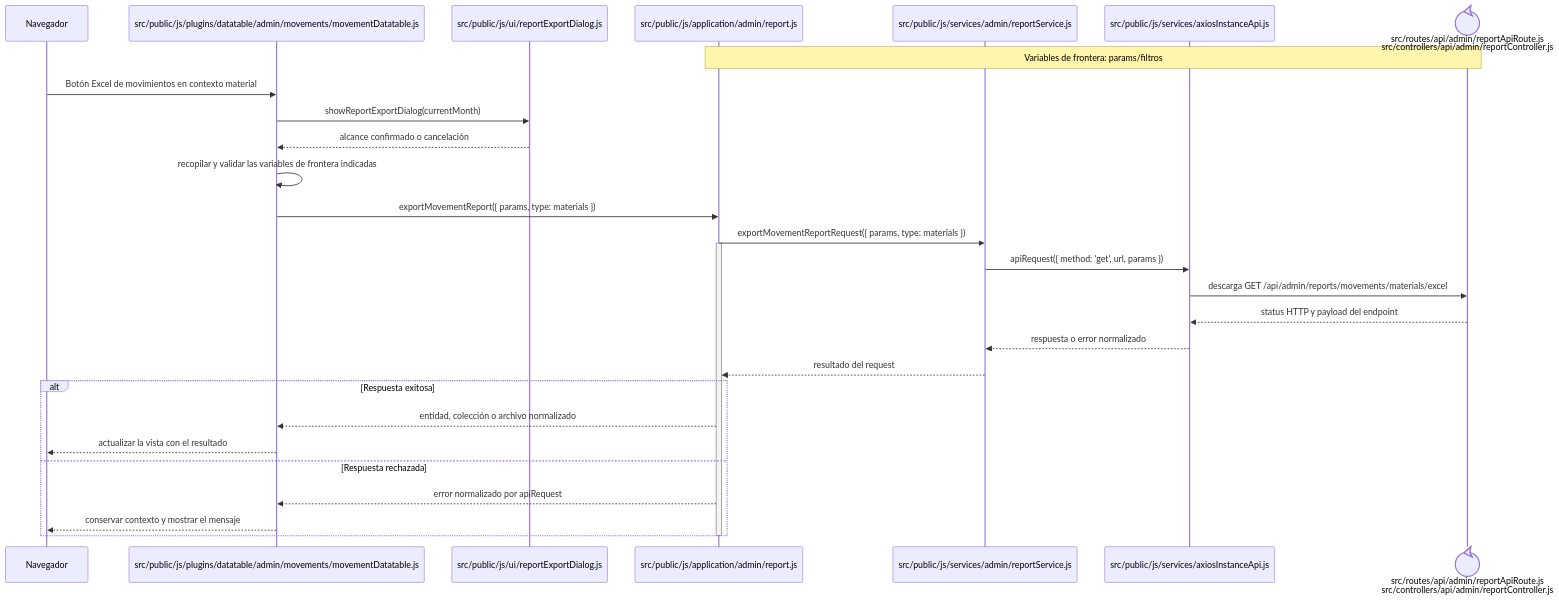
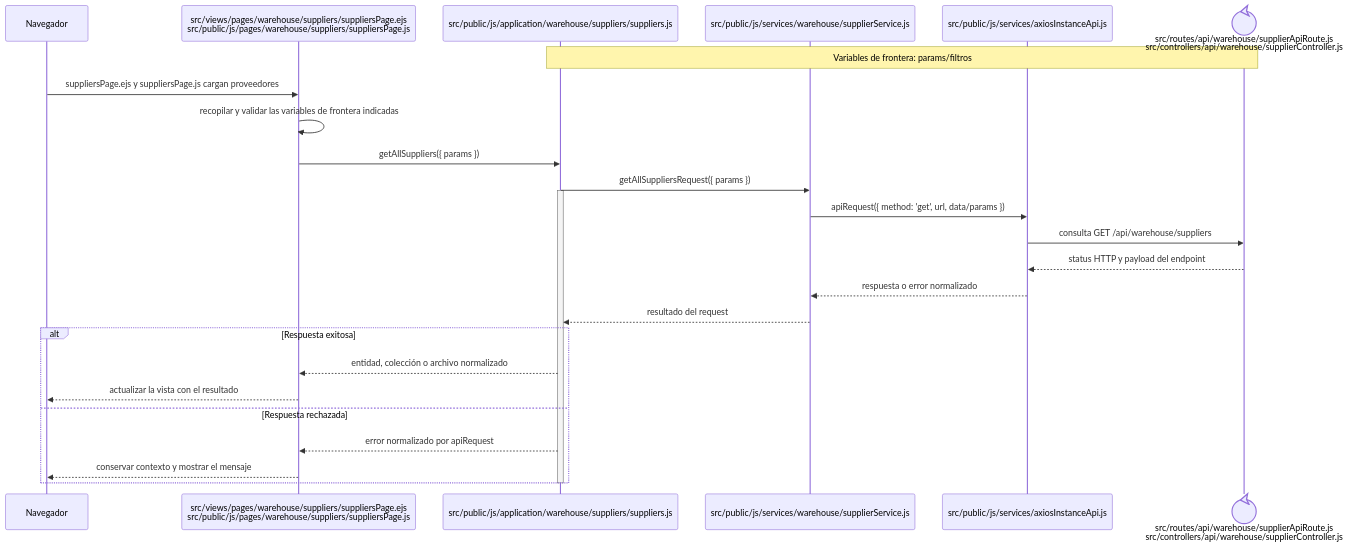
The diagram in docs/architecture/frontend-code-sequences/catalogs/cu-cat-09.md (gpgsistemas01/nexus), drawn with Mermaid before and after one commit. The commit also changed other lines of this file and 207 other files, not shown here.

````diff
--- a/docs/architecture/frontend-code-sequences/catalogs/cu-cat-09.md
+++ b/docs/architecture/frontend-code-sequences/catalogs/cu-cat-09.md
@@ -6,32 +6,29 @@
 ```mermaid
 sequenceDiagram
     participant Browser as Navegador
-    participant View as src/public/js/plugins/datatable/admin/movements/movementDatatable.js
-    participant Dialog as src/public/js/ui/reportExportDialog.js
-    participant Application as src/public/js/application/admin/report.js
-    participant Request as src/public/js/services/admin/reportService.js
+    participant View as src/views/pages/warehouse/suppliers/suppliersPage.ejs<br/>src/public/js/pages/warehouse/suppliers/suppliersPage.js
+    participant Application as src/public/js/application/warehouse/suppliers/suppliers.js
+    participant Request as src/public/js/services/warehouse/supplierService.js
     participant HTTP as src/public/js/services/axiosInstanceApi.js
-    participant Transport@{ "type": "control" } as src/routes/api/admin/reportApiRoute.js<br/>src/controllers/api/admin/reportController.js
+    participant Transport@{ "type": "control" } as src/routes/api/warehouse/supplierApiRoute.js<br/>src/controllers/api/warehouse/supplierController.js
     Note over Application,Transport: Variables de frontera: params/filtros
 
-    Browser->>View: Botón Excel de movimientos en contexto material
-    View->>Dialog: showReportExportDialog(currentMonth)
-    Dialog-->>View: alcance confirmado o cancelación
+    Browser->>View: suppliersPage.ejs y suppliersPage.js cargan proveedores
     View->>View: recopilar y validar las variables de frontera indicadas
-    View->>Application: exportMovementReport({ params, type: materials })
-    Application->>Request: exportMovementReportRequest({ params, type: materials })
+    View->>Application: getAllSuppliers({ params })
+    Application->>Request: getAllSuppliersRequest({ params })
     activate Application
-    Request->>HTTP: apiRequest({ method: 'get', url, params })
-    HTTP->>Transport: descarga GET /api/admin/reports/movements/materials/excel
+    Request->>HTTP: apiRequest({ method: 'get', url, data/params })
+    HTTP->>Transport: consulta GET /api/warehouse/suppliers
     Transport-->>HTTP: status HTTP y payload del endpoint
     HTTP-->>Request: respuesta o error normalizado
     Request-->>Application: resultado del request
     alt Respuesta exitosa
         Application-->>View: entidad, colección o archivo normalizado
         View-->>Browser: actualizar la vista con el resultado
     else Respuesta rechazada
         Application-->>View: error normalizado por apiRequest
         View-->>Browser: conservar contexto y mostrar el mensaje
     end
     deactivate Application
 ```
````
